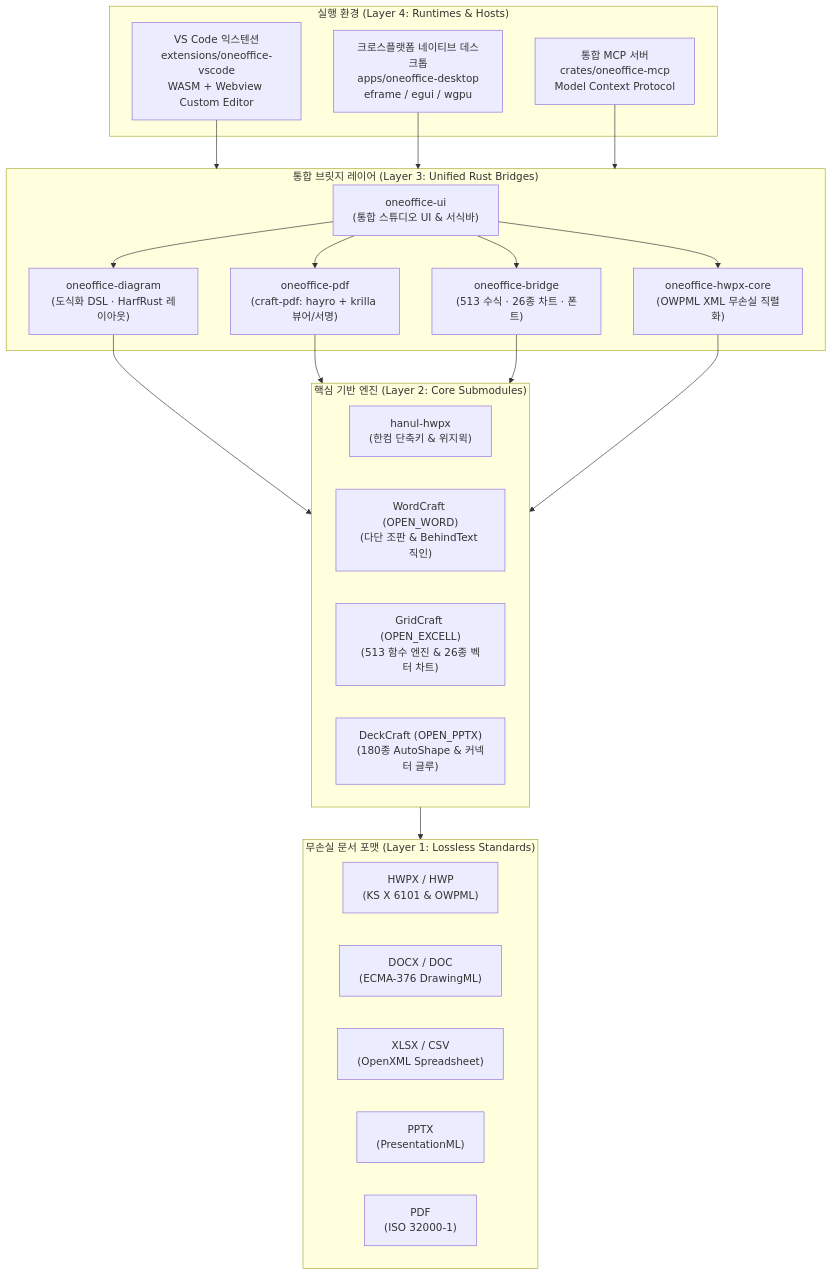
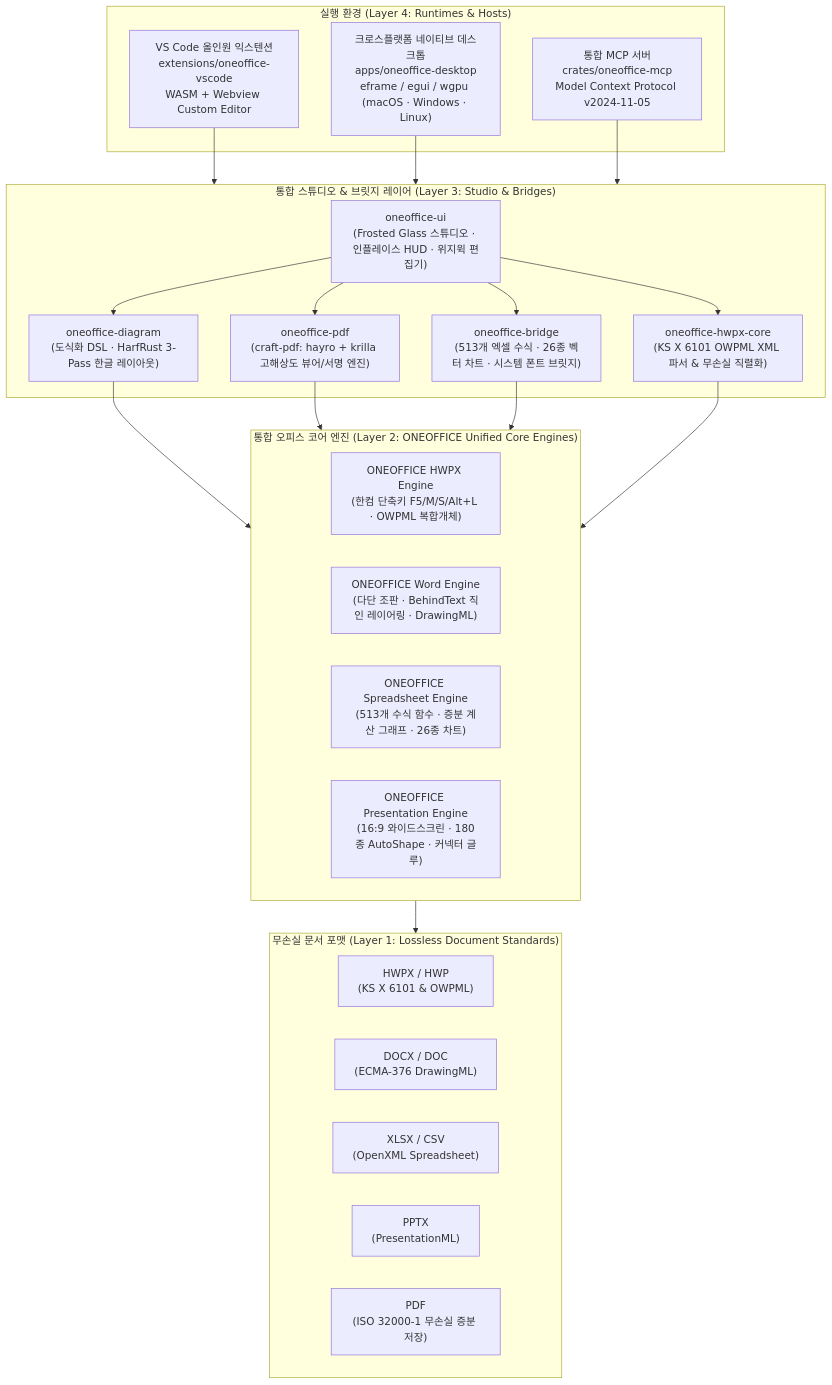
Before and after one commit to iamywl/ONEOFFICE: the diagram in README.md, drawn with Mermaid. The commit also changed other lines of this file and 10 other files, not shown here.

Commit message:
docs(readme): [TASK-DOC-ONEOFFICE-UNIFIED] streamline README and README.en as unified ONEOFFICE suite without submodule leaks

````diff
--- a/README.md
+++ b/README.md
@@ -110,47 +111,47 @@
 ```mermaid
 flowchart TD
     subgraph L4["실행 환경 (Layer 4: Runtimes & Hosts)"]
-        VSC["VS Code 익스텐션\nextensions/oneoffice-vscode\nWASM + Webview Custom Editor"]
-        APP["크로스플랫폼 네이티브 데스크톱\napps/oneoffice-desktop\neframe / egui / wgpu"]
-        MCP["통합 MCP 서버\ncrates/oneoffice-mcp\nModel Context Protocol"]
+        VSC["VS Code 올인원 익스텐션\nextensions/oneoffice-vscode\nWASM + Webview Custom Editor"]
+        APP["크로스플랫폼 네이티브 데스크톱\napps/oneoffice-desktop\neframe / egui / wgpu (macOS · Windows · Linux)"]
+        MCP["통합 MCP 서버\ncrates/oneoffice-mcp\nModel Context Protocol v2024-11-05"]
     end
 
-    subgraph L3["통합 브릿지 레이어 (Layer 3: Unified Rust Bridges)"]
-        UI_LIB["oneoffice-ui\n(통합 스튜디오 UI & 서식바)"]
-        DIAG["oneoffice-diagram\n(도식화 DSL · HarfRust 레이아웃)"]
-        PDF_ENG["oneoffice-pdf\n(craft-pdf: hayro + krilla 뷰어/서명)"]
-        BRDG["oneoffice-bridge\n(513 수식 · 26종 차트 · 폰트)"]
-        HWP_CORE["oneoffice-hwpx-core\n(OWPML XML 무손실 직렬화)"]
+    subgraph L3["통합 스튜디오 & 브릿지 레이어 (Layer 3: Studio & Bridges)"]
+        UI_LIB["oneoffice-ui\n(Frosted Glass 스튜디오 · 인플레이스 HUD · 위지윅 편집기)"]
+        DIAG["oneoffice-diagram\n(도식화 DSL · HarfRust 3-Pass 한글 레이아웃)"]
+        PDF_ENG["oneoffice-pdf\n(craft-pdf: hayro + krilla 고해상도 뷰어/서명 엔진)"]
+        BRDG["oneoffice-bridge\n(513개 엑셀 수식 · 26종 벡터 차트 · 시스템 폰트 브릿지)"]
+        HWP_CORE["oneoffice-hwpx-core\n(KS X 6101 OWPML XML 파서 & 무손실 직렬화)"]
     end
 
-    subgraph L2["핵심 기반 엔진 (Layer 2: Core Submodules)"]
-        H_HWP["hanul-hwpx\n(한컴 단축키 & 위지윅)"]
-        O_WORD["WordCraft (OPEN_WORD)\n(다단 조판 & BehindText 직인)"]
-        O_EXCEL["GridCraft (OPEN_EXCELL)\n(513 함수 엔진 & 26종 벡터 차트)"]
-        O_PPT["DeckCraft (OPEN_PPTX)\n(180종 AutoShape & 커넥터 글루)"]
+    subgraph L2["통합 오피스 코어 엔진 (Layer 2: ONEOFFICE Unified Core Engines)"]
+        E_HWP["ONEOFFICE HWPX Engine\n(한컴 단축키 F5/M/S/Alt+L · OWPML 복합개체)"]
+        E_WORD["ONEOFFICE Word Engine\n(다단 조판 · BehindText 직인 레이어링 · DrawingML)"]
+        E_EXCEL["ONEOFFICE Spreadsheet Engine\n(513개 수식 함수 · 증분 계산 그래프 · 26종 차트)"]
+        E_PPT["ONEOFFICE Presentation Engine\n(16:9 와이드스크린 · 180종 AutoShape · 커넥터 글루)"]
     end
 
-    subgraph L1["무손실 문서 포맷 (Layer 1: Lossless Standards)"]
+    subgraph L1["무손실 문서 포맷 (Layer 1: Lossless Document Standards)"]
         F_HWPX["HWPX / HWP\n(KS X 6101 & OWPML)"]
         F_DOCX["DOCX / DOC\n(ECMA-376 DrawingML)"]
         F_XLSX["XLSX / CSV\n(OpenXML Spreadsheet)"]
         F_PPTX["PPTX\n(PresentationML)"]
-        F_PDF["PDF\n(ISO 32000-1)"]
+        F_PDF["PDF\n(ISO 32000-1 무손실 증분 저장)"]
     end
 
     VSC --> L3
     APP --> L3
     MCP --> L3
 
     UI_LIB --> BRDG
     UI_LIB --> DIAG
     UI_LIB --> PDF_ENG
     UI_LIB --> HWP_CORE
 
     DIAG --> L2
     PDF_ENG --> L2
     BRDG --> L2
     HWP_CORE --> L2
 
     L2 --> L1
 ```
````
